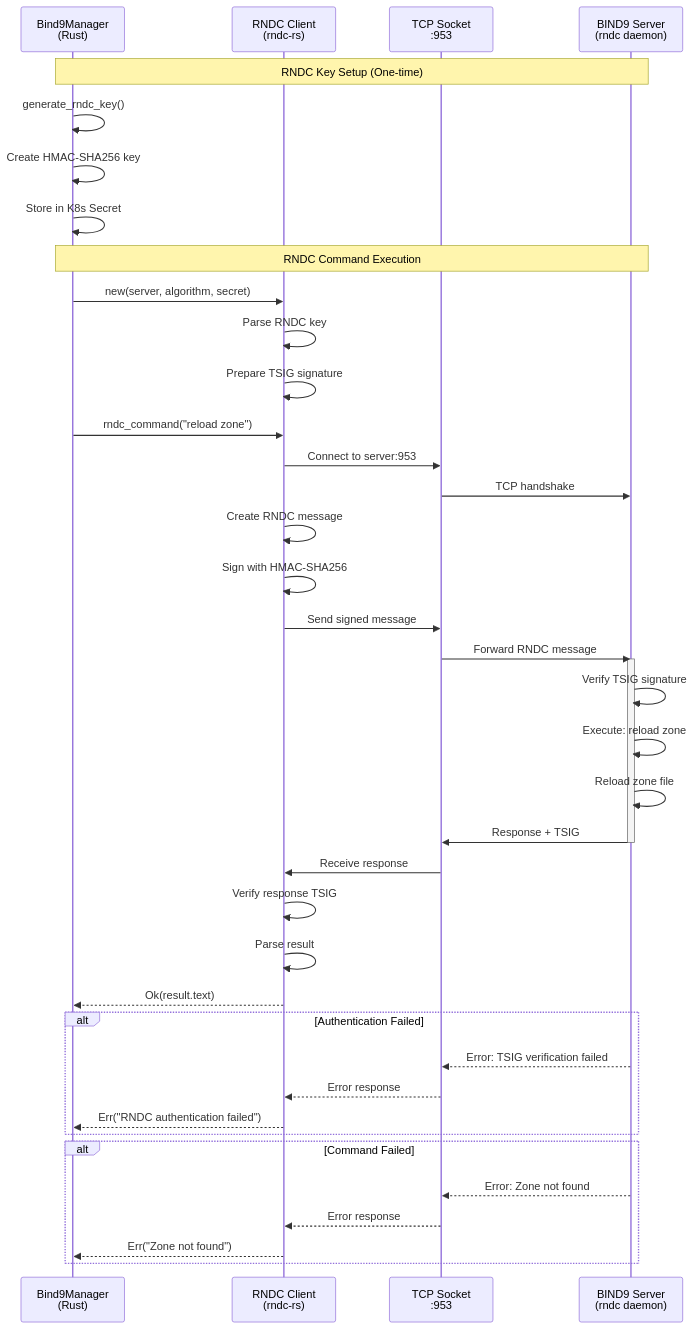
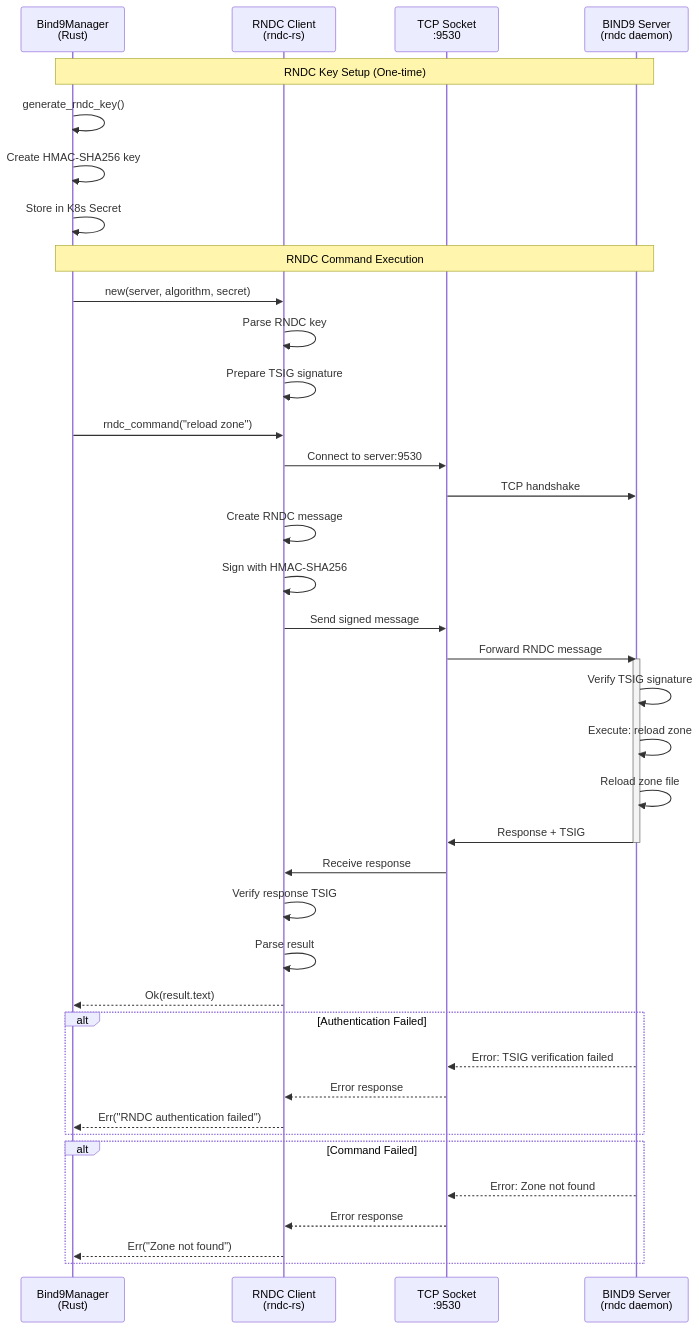
The seventh of 8 diagrams in docs/src/concepts/architecture-diagrams.md (firestoned/bindy), drawn with Mermaid before and after one commit. The commit also changed other lines of this file and 29 other files, not shown here.

````diff
--- a/docs/src/concepts/architecture-diagrams.md
+++ b/docs/src/concepts/architecture-diagrams.md
@@ -479,52 +479,52 @@
 ```mermaid
 sequenceDiagram
     participant BM as Bind9Manager<br/>(Rust)
     participant RC as RNDC Client<br/>(rndc-rs)
-    participant Net as TCP Socket<br/>:953
+    participant Net as TCP Socket<br/>:9530
     participant BIND as BIND9 Server<br/>(rndc daemon)
 
     Note over BM,BIND: RNDC Key Setup (One-time)
 
     BM->>BM: generate_rndc_key()
     BM->>BM: Create HMAC-SHA256 key
     BM->>BM: Store in K8s Secret
 
     Note over BM,BIND: RNDC Command Execution
 
     BM->>RC: new(server, algorithm, secret)
     RC->>RC: Parse RNDC key
     RC->>RC: Prepare TSIG signature
 
     BM->>RC: rndc_command("reload zone")
-    RC->>Net: Connect to server:953
+    RC->>Net: Connect to server:9530
     Net->>BIND: TCP handshake
 
     RC->>RC: Create RNDC message
     RC->>RC: Sign with HMAC-SHA256
     RC->>Net: Send signed message
     Net->>BIND: Forward RNDC message
 
     activate BIND
     BIND->>BIND: Verify TSIG signature
     BIND->>BIND: Execute: reload zone
     BIND->>BIND: Reload zone file
     BIND->>Net: Response + TSIG
     deactivate BIND
 
     Net->>RC: Receive response
     RC->>RC: Verify response TSIG
     RC->>RC: Parse result
     RC-->>BM: Ok(result.text)
 
     alt Authentication Failed
         BIND-->>Net: Error: TSIG verification failed
         Net-->>RC: Error response
         RC-->>BM: Err("RNDC authentication failed")
     end
 
     alt Command Failed
         BIND-->>Net: Error: Zone not found
         Net-->>RC: Error response
         RC-->>BM: Err("Zone not found")
     end
 ```
````
